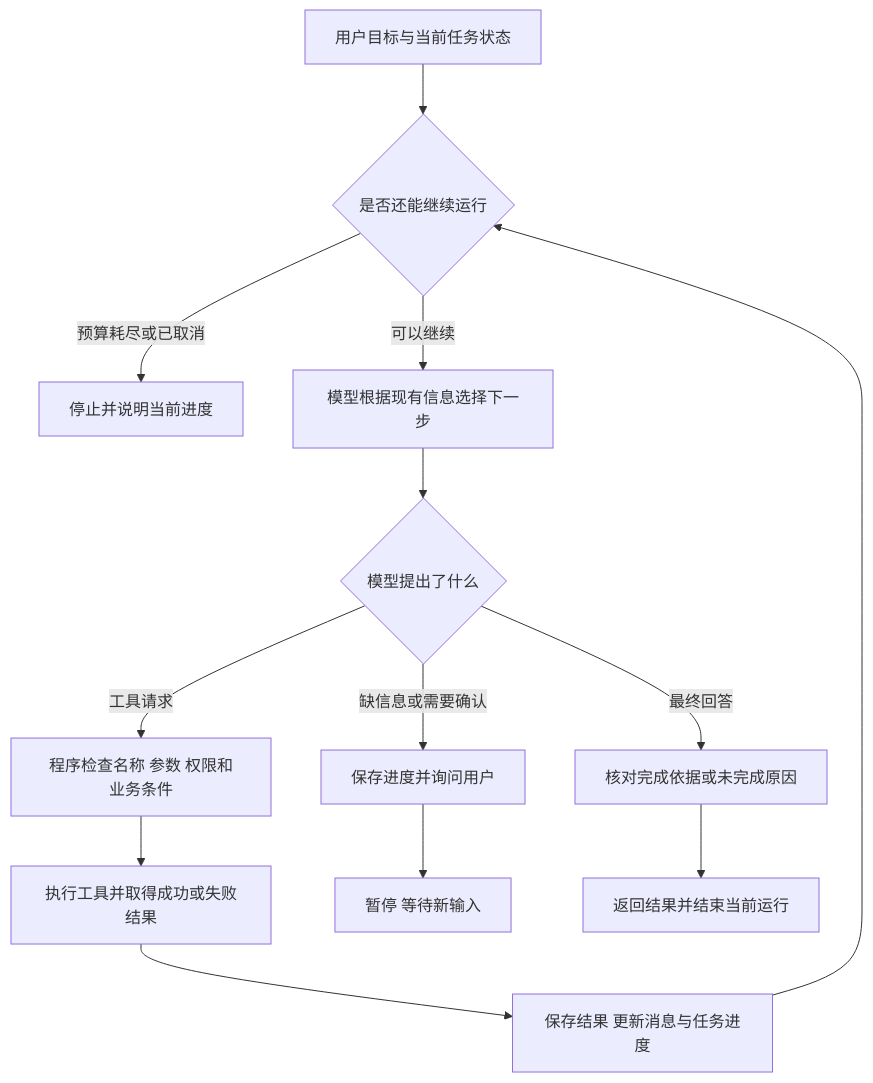
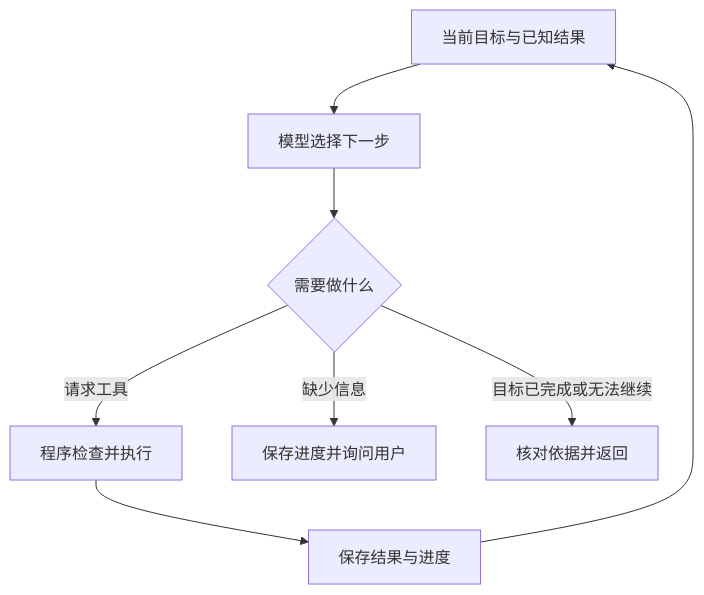
One commit to benx92/ai-learning-notes changed the second of 3 diagrams in 17-Agent入门让模型自己规划并使用工具.md. Above: the diagram before and after it, drawn with Mermaid. The commit also changed other lines of this file and 43 other files, not shown here.

````diff
--- a/17-Agent入门让模型自己规划并使用工具.md
+++ b/17-Agent入门让模型自己规划并使用工具.md
@@ -221,15 +149,10 @@
 ```mermaid
 flowchart TD
-    A[用户目标与当前任务状态] --> B{是否还能继续运行}
-    B -->|预算耗尽或已取消| Z[停止并说明当前进度]
-    B -->|可以继续| C[模型根据现有信息选择下一步]
-    C --> D{模型提出了什么}
-    D -->|工具请求| E[程序检查名称 参数 权限和业务条件]
-    E --> F[执行工具并取得成功或失败结果]
-    F --> G[保存结果 更新消息与任务进度]
-    G --> B
-    D -->|缺信息或需要确认| H[保存进度并询问用户]
-    H --> I[暂停 等待新输入]
-    D -->|最终回答| J[核对完成依据或未完成原因]
-    J --> K[返回结果并结束当前运行]
+    A[当前目标与已知结果] --> B[模型选择下一步]
+    B --> C{需要做什么}
+    C -->|请求工具| D[程序检查并执行]
+    D --> E[保存结果与进度]
+    E --> A
+    C -->|缺少信息| F[保存进度并询问用户]
+    C -->|目标已完成或无法继续| G[核对依据并返回]
 ```
````
